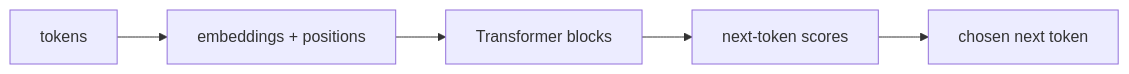
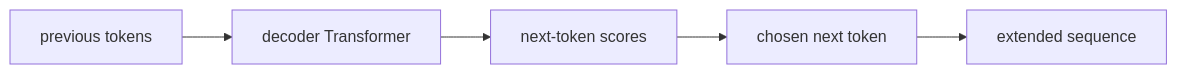
One commit to devchan64/AiBook changed the diagram in docs/parts/part-05/chapter-04/section-01.md. Above: the diagram before and after it, drawn with Mermaid. The commit also changed other lines of this file and 47 other files, not shown here.

````diff
--- a/docs/parts/part-05/chapter-04/section-01.md
+++ b/docs/parts/part-05/chapter-04/section-01.md
@@ -135,10 +121,10 @@
 ```mermaid
 flowchart LR
-  A["tokens"]
-  B["embeddings + positions"]
-  C["Transformer blocks"]
-  D["next-token scores"]
-  E["chosen next token"]
+  A["previous tokens"]
+  B["decoder Transformer"]
+  C["next-token scores"]
+  D["chosen next token"]
+  E["extended sequence"]
 
   A --> B --> C --> D --> E
 ```
````
